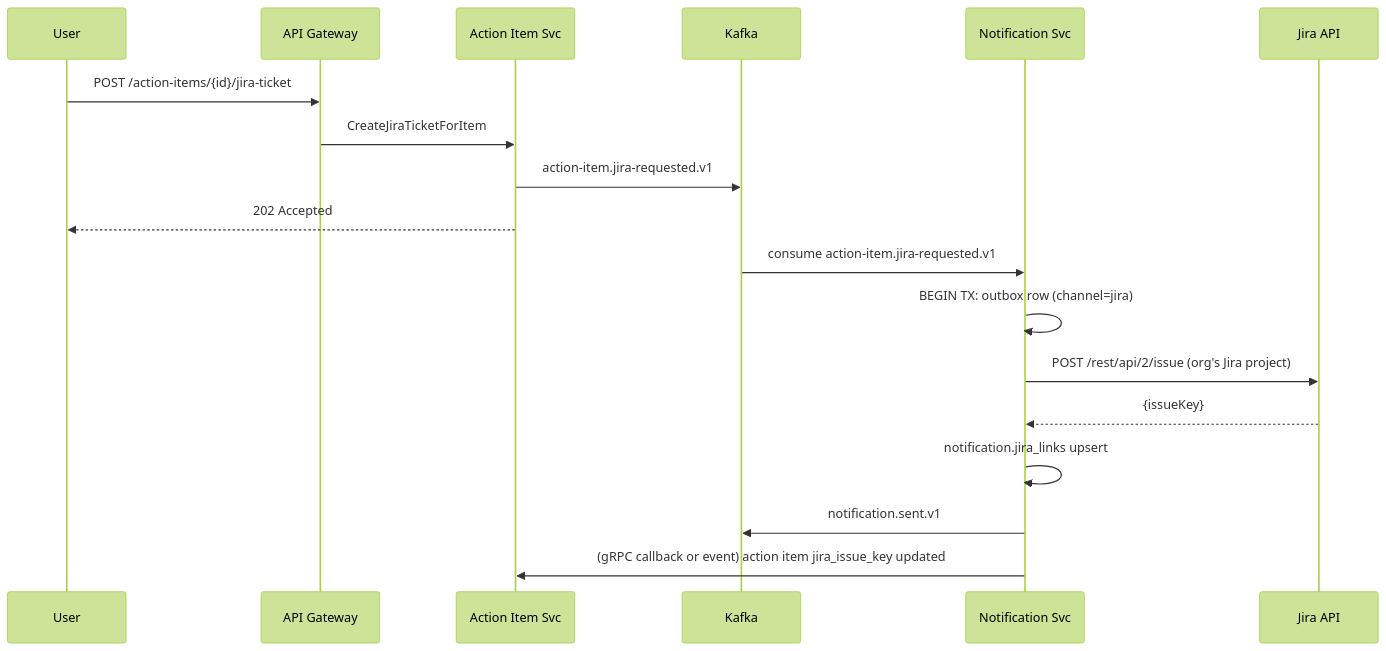
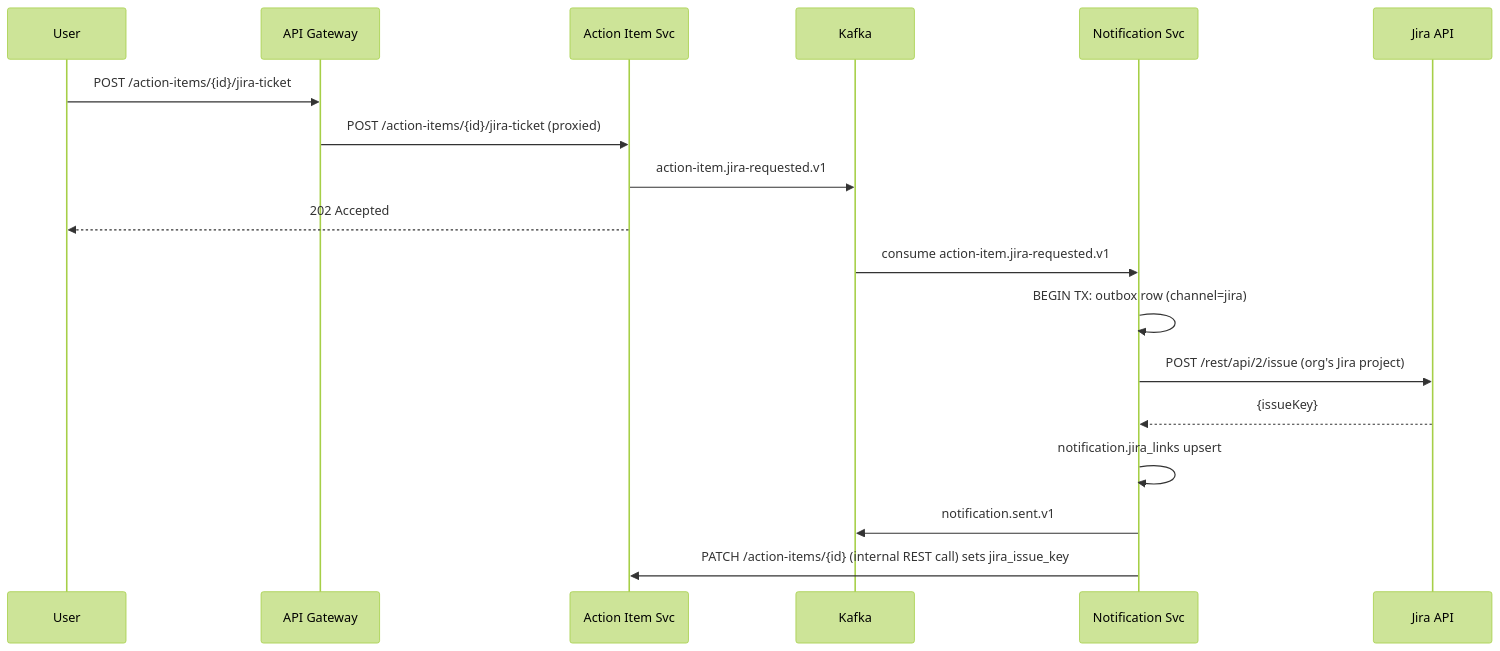
The third of 4 diagrams in docs/architecture/kafka-topics.md (shivamrajput177/AI-Meeting-Intelligence), drawn with Mermaid (forest theme) before and after one commit. The commit also changed other lines of this file and 14 other files, not shown here.

First line of the commit message:
Drop gRPC entirely, go REST/JSON for internal calls too

````diff
--- a/docs/architecture/kafka-topics.md
+++ b/docs/architecture/kafka-topics.md
@@ -131,22 +134,22 @@
 ```mermaid
 sequenceDiagram
     participant U as User
     participant GW as API Gateway
     participant AC as Action Item Svc
     participant K as Kafka
     participant NO as Notification Svc
     participant J as Jira API
 
     U->>GW: POST /action-items/{id}/jira-ticket
-    GW->>AC: CreateJiraTicketForItem
+    GW->>AC: POST /action-items/{id}/jira-ticket (proxied)
     AC->>K: action-item.jira-requested.v1
     AC-->>U: 202 Accepted
 
     K->>NO: consume action-item.jira-requested.v1
     NO->>NO: BEGIN TX: outbox row (channel=jira)
     NO->>J: POST /rest/api/2/issue (org's Jira project)
     J-->>NO: {issueKey}
     NO->>NO: notification.jira_links upsert
     NO->>K: notification.sent.v1
-    NO->>AC: (gRPC callback or event) action item jira_issue_key updated
+    NO->>AC: PATCH /action-items/{id} (internal REST call) sets jira_issue_key
 ```
````
